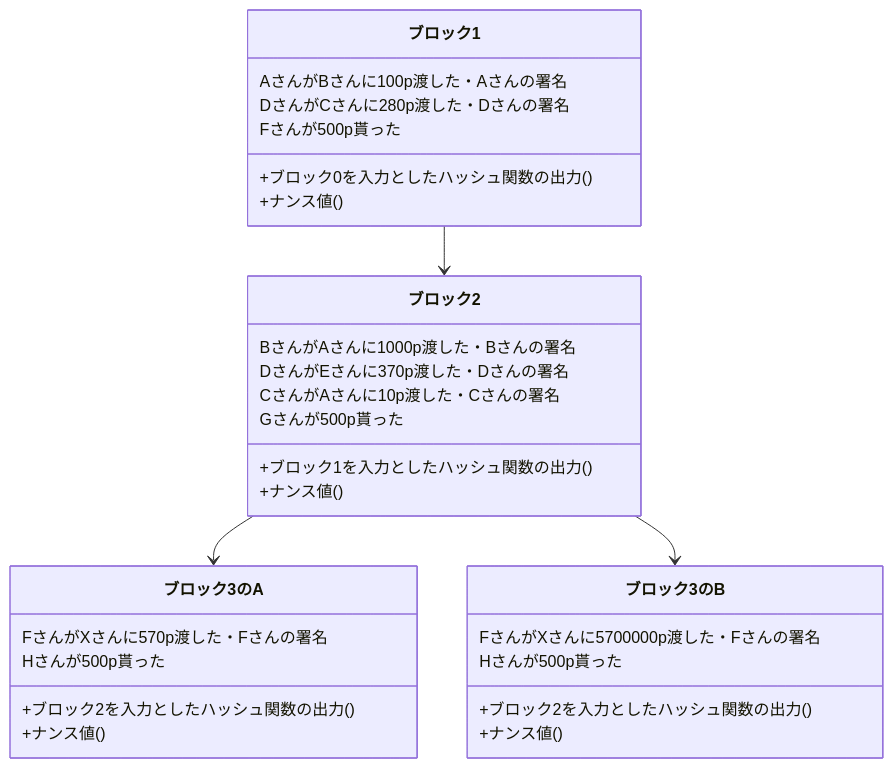
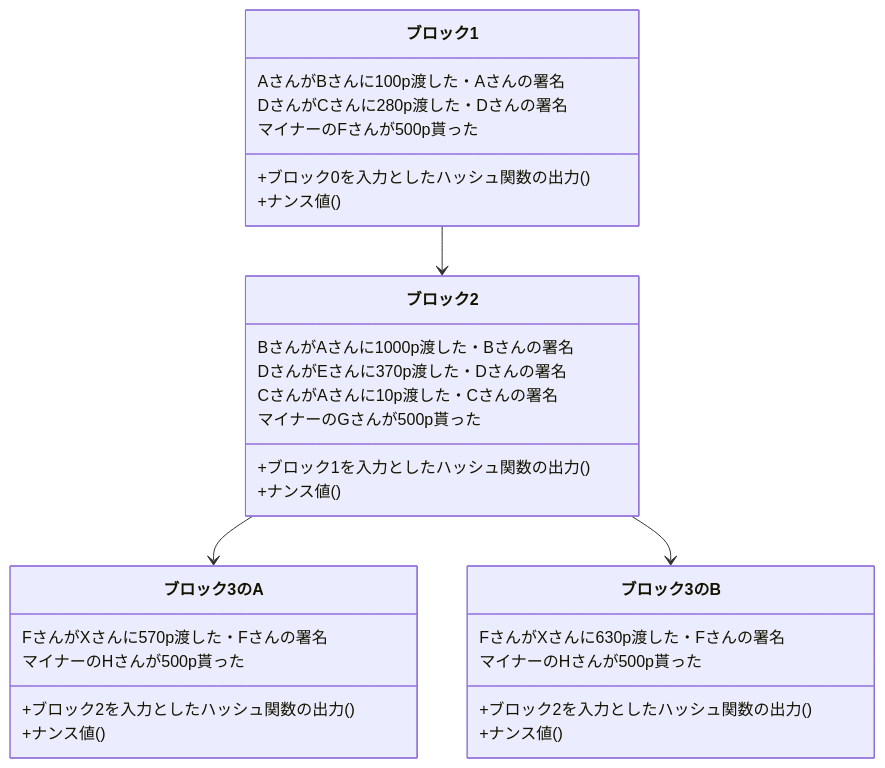
Before and after one commit to sonneko/sf-articles: the second of 2 diagrams in articles/仮想通貨と電子決済の仕組み.md, drawn with Mermaid. The commit also changed other lines of this file, not shown here.

Commit message:
articles/仮想通貨と電子決済の仕組み.md updated from https://stackedit.io/

````diff
--- a/articles/仮想通貨と電子決済の仕組み.md
+++ b/articles/仮想通貨と電子決済の仕組み.md
@@ -102,33 +102,33 @@
 ```mermaid
 classDiagram
 	ブロック1-->ブロック2
 	ブロック2-->ブロック3のA
 	ブロック2-->ブロック3のB
 	class ブロック1{
 		+ブロック0を入力としたハッシュ関数の出力()
 		AさんがBさんに100p渡した・Aさんの署名
 		DさんがCさんに280p渡した・Dさんの署名
-		Fさんが500p貰った
+		マイナーのFさんが500p貰った
 		+ナンス値()
 	}
 	class ブロック2{
 		+ブロック1を入力としたハッシュ関数の出力()
 		BさんがAさんに1000p渡した・Bさんの署名
 		DさんがEさんに370p渡した・Dさんの署名
 		CさんがAさんに10p渡した・Cさんの署名
-		Gさんが500p貰った
+		マイナーのGさんが500p貰った
 		+ナンス値()
 	}
 	class ブロック3のA{
 		+ブロック2を入力としたハッシュ関数の出力()
 		FさんがXさんに570p渡した・Fさんの署名
-		Hさんが500p貰った
+		マイナーのHさんが500p貰った
 		+ナンス値()
 	}
 	class ブロック3のB{
 		+ブロック2を入力としたハッシュ関数の出力()
-		FさんがXさんに5700000p渡した・Fさんの署名
-		Hさんが500p貰った
+		FさんがXさんに630p渡した・Fさんの署名
+		マイナーのHさんが500p貰った
 		+ナンス値()
 	}
 ```
````
